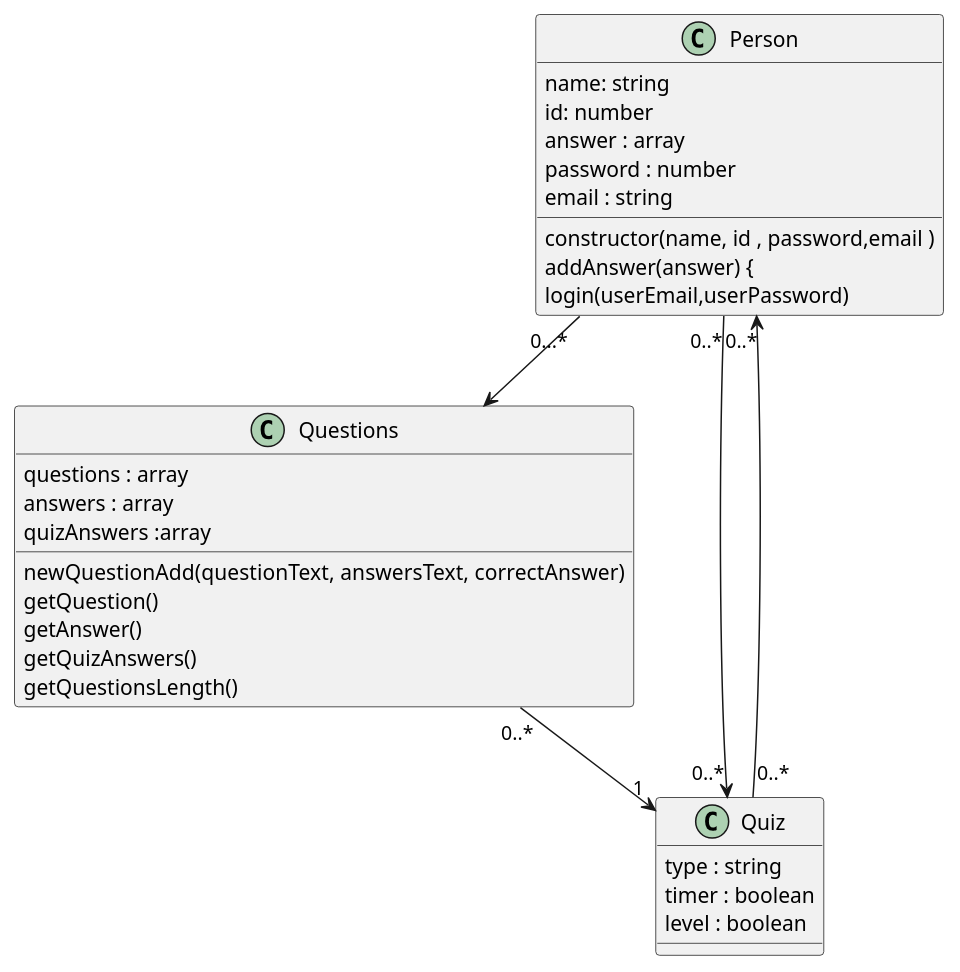
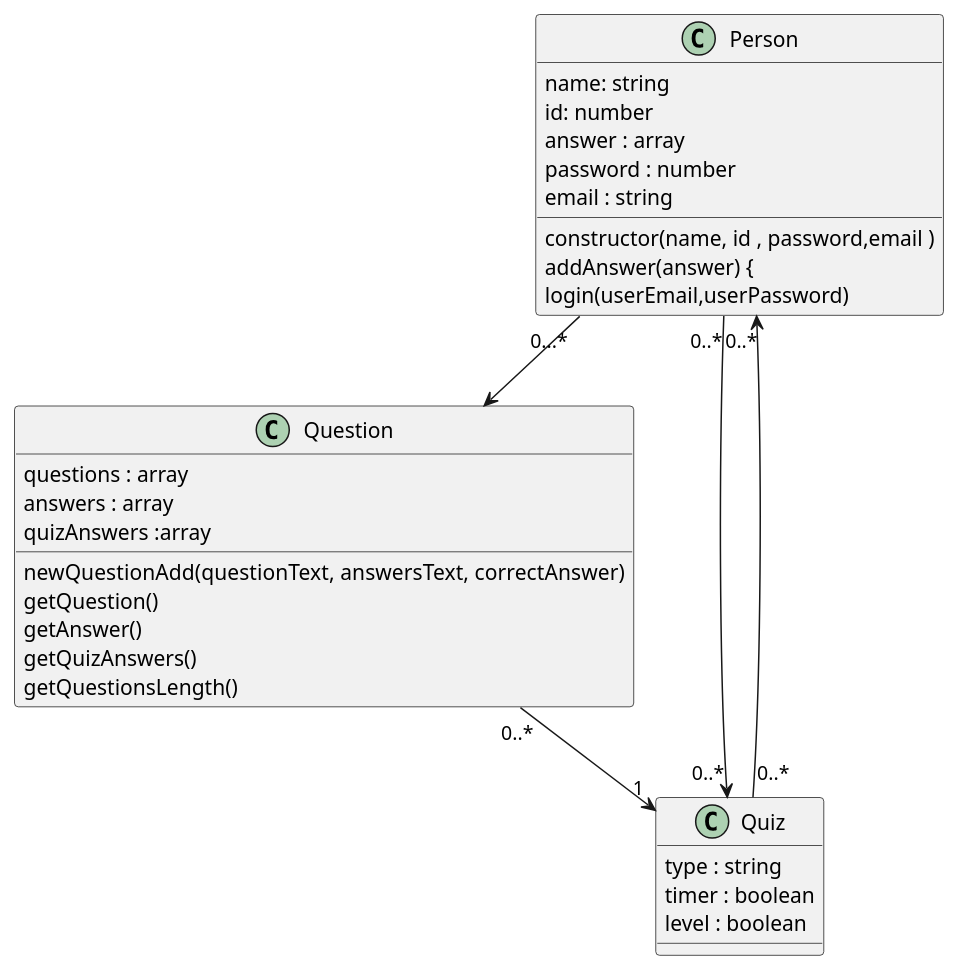
Before and after one commit to Eniserdol/QuizProject: the diagram in diagrams/class.puml, drawn with PlantUML.

Commit message:
Refactor class Questions to Question

```diff
--- a/diagrams/class.puml
+++ b/diagrams/class.puml
@@ -1,36 +1,36 @@
 @startuml Quiz_Project class Diagram
 
 class Person {
   name: string
   id: number
   answer : array
   password : number
   email : string
   constructor(name, id , password,email )
   addAnswer(answer) {
   login(userEmail,userPassword)
   }
 
-class Questions {
+class Question {
   questions : array
   answers : array
   quizAnswers :array
   newQuestionAdd(questionText, answersText, correctAnswer)
   getQuestion()
   getAnswer()
   getQuizAnswers()
   getQuestionsLength()
 }
 
 class Quiz {
   type : string
   timer : boolean
   level : boolean
 }
 
-Questions "0..*" --> "1"Quiz
-Person"0...*" --> Questions
+Question "0..*" --> "1"Quiz
+Person"0...*" --> Question
 Person"0..*" --> "0..*"Quiz
 Quiz"0..*" --> "0..*"Person
 
 @enduml
```
